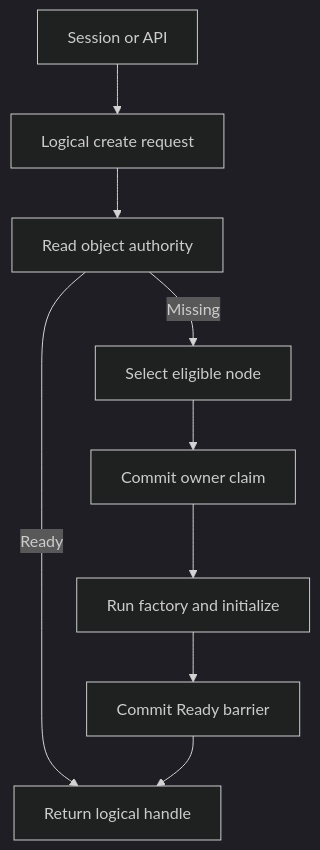
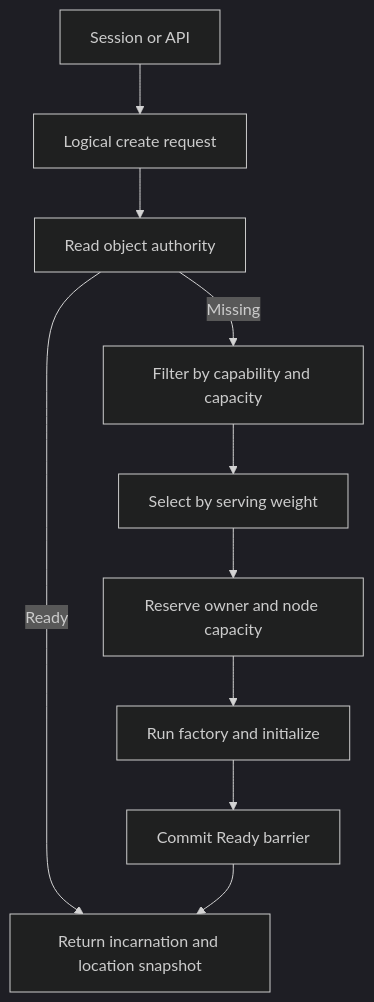
One commit to kairos-code-dev/zlink changed the first of 2 diagrams in framework/doc/plan/v11.0/actor-spot-remote-placement-and-node-identity-change-proposal.ko.md. Above: the diagram before and after it, drawn with Mermaid (dark theme). The commit also changed other lines of this file and 4 other files, not shown here.

````diff
--- a/framework/doc/plan/v11.0/actor-spot-remote-placement-and-node-identity-change-proposal.ko.md
+++ b/framework/doc/plan/v11.0/actor-spot-remote-placement-and-node-identity-change-proposal.ko.md
@@ -127,11 +152,12 @@
 ```mermaid
 flowchart TD
     Caller["Session or API"] --> Create["Logical create request"]
     Create --> Resolve["Read object authority"]
-    Resolve -->|"Ready"| Handle["Return logical handle"]
-    Resolve -->|"Missing"| Select["Select eligible node"]
-    Select --> Claim["Commit owner claim"]
+    Resolve -->|"Ready"| Handle["Return incarnation and location snapshot"]
+    Resolve -->|"Missing"| Capacity["Filter by capability and capacity"]
+    Capacity --> Select["Select by serving weight"]
+    Select --> Claim["Reserve owner and node capacity"]
     Claim --> Activate["Run factory and initialize"]
     Activate --> Ready["Commit Ready barrier"]
     Ready --> Handle
 ```
````
